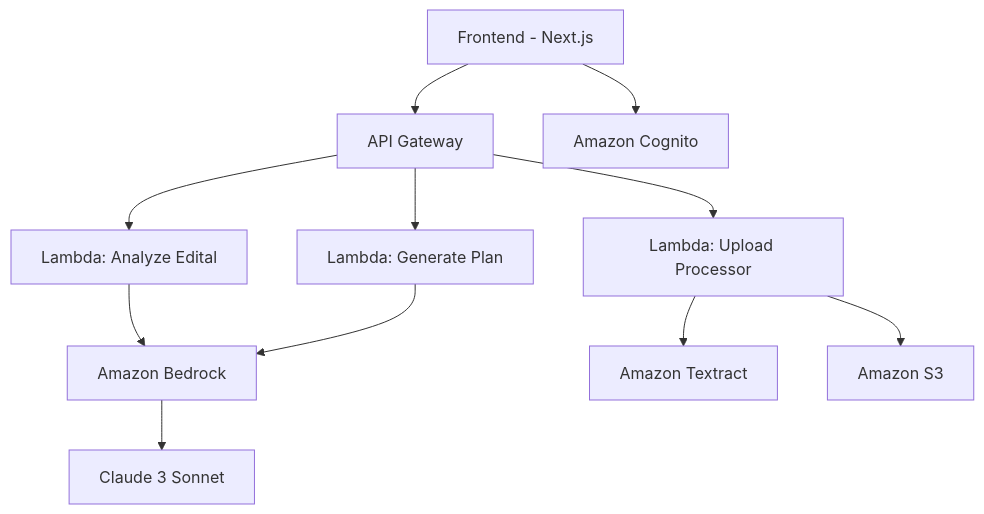
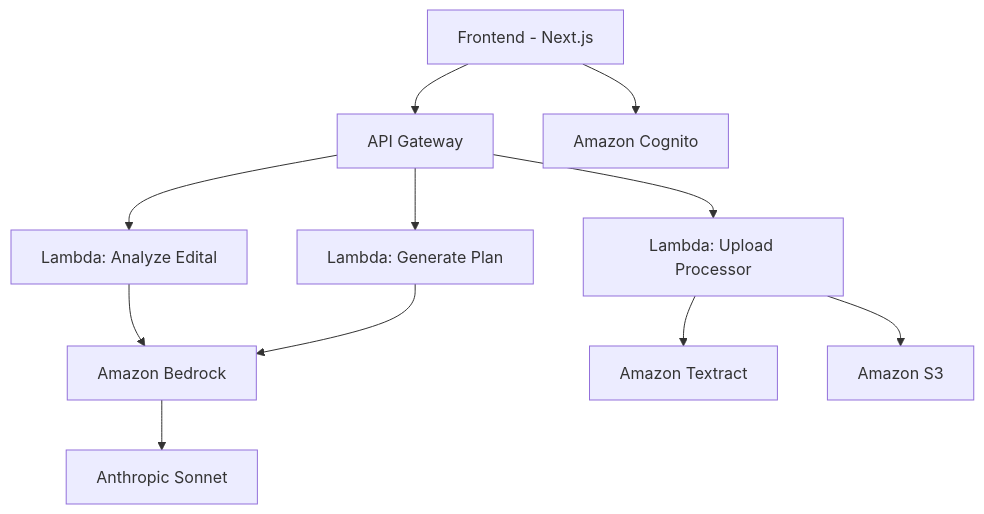
The diagram in README.md (drdssouza/StudyPlan-AI), drawn with Mermaid before and after one commit. The commit also changed other lines of this file, not shown here.

````diff
--- a/README.md
+++ b/README.md
@@ -70,16 +70,16 @@
 ```mermaid
 graph TB
     A[Frontend - Next.js] --> B[API Gateway]
     B --> C[Lambda: Analyze Edital]
     B --> D[Lambda: Generate Plan]
     B --> E[Lambda: Upload Processor]
     
     C --> F[Amazon Bedrock]
     D --> F
     E --> G[Amazon Textract]
     E --> H[Amazon S3]
     
     A --> I[Amazon Cognito]
     
-    F --> J[Claude 3 Sonnet]
+    F --> J[Anthropic Sonnet]
 ```
````
